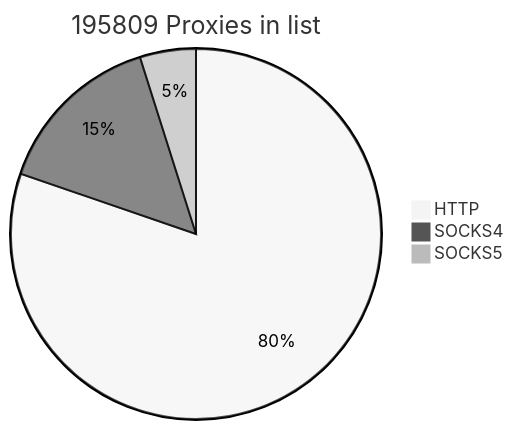
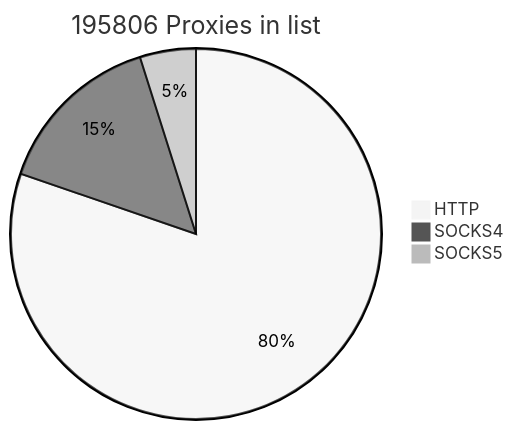
The first of 2 diagrams in README.md (cutipu/proxylist), drawn with Mermaid (neutral theme) before and after one commit. The commit also changed other lines of this file, not shown here.

````diff
--- a/README.md
+++ b/README.md
@@ -2,7 +2,7 @@
 ```mermaid
-pie title 195809 Proxies in list
+pie title 195806 Proxies in list
     "HTTP" : 157172
-    "SOCKS4" : 29072
-    "SOCKS5" : 9565
+    "SOCKS4" : 29070
+    "SOCKS5" : 9564
             
 ```
````
